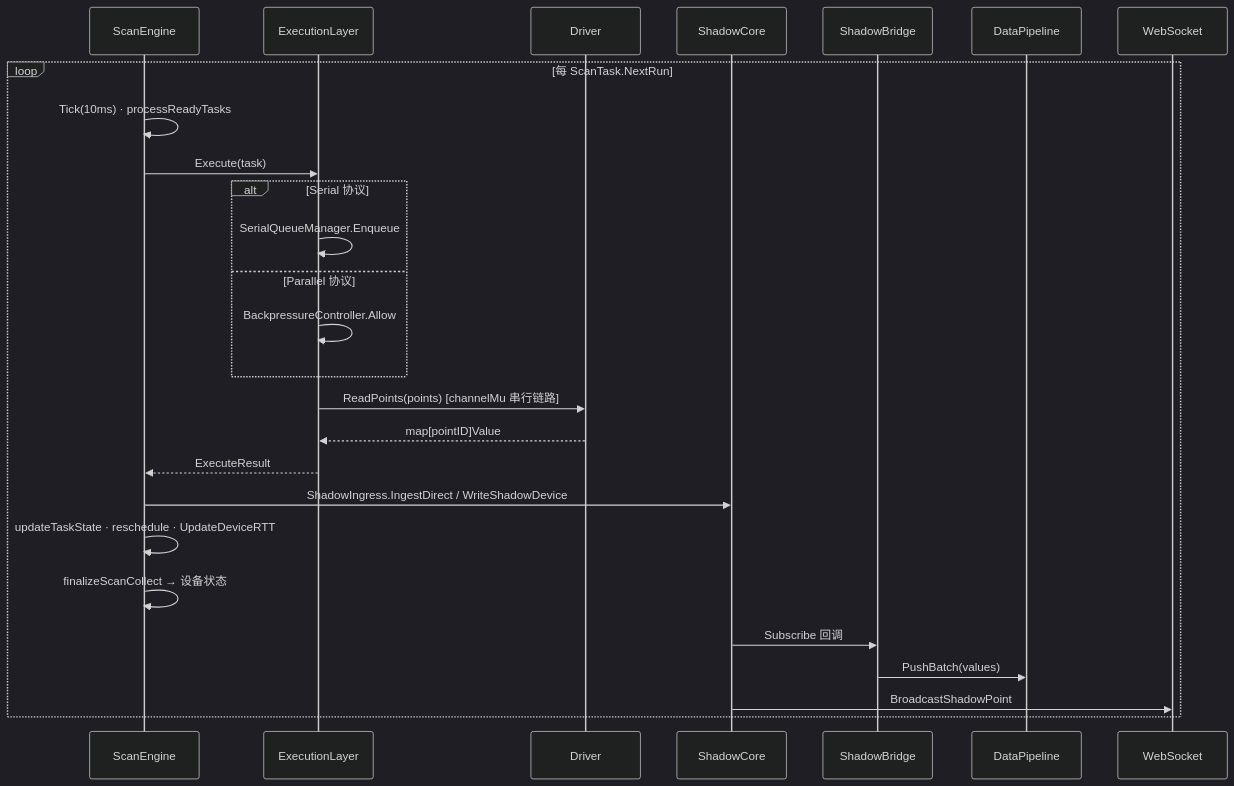
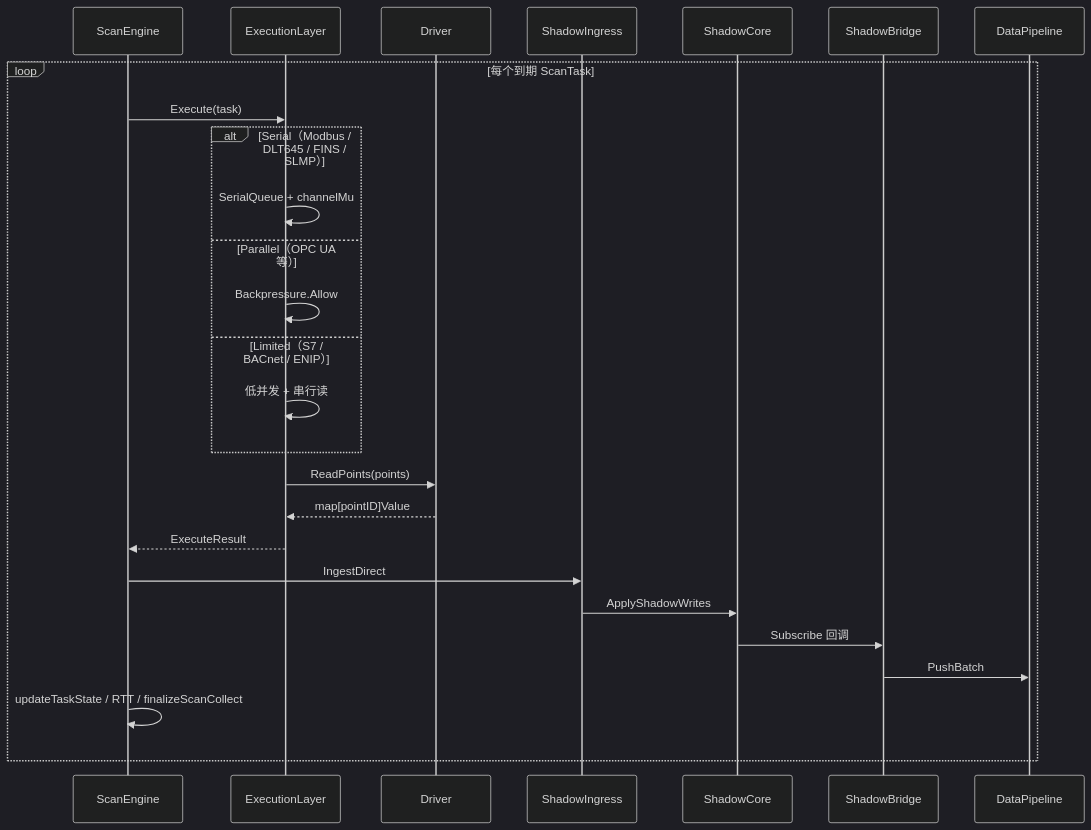
The second of 3 diagrams in docs/edge/边缘网关架构设计总览.md (anviod/edgex), drawn with Mermaid (dark theme) before and after one commit. The commit also changed other lines of this file and 19 other files, not shown here.

````diff
--- a/docs/edge/边缘网关架构设计总览.md
+++ b/docs/edge/边缘网关架构设计总览.md
@@ -355,29 +141,29 @@
 ```mermaid
 sequenceDiagram
-    participant SE as ScanEngine
-    participant EL as ExecutionLayer
-    participant DRV as Driver
-    participant SC as ShadowCore
-    participant SB as ShadowBridge
-    participant PL as DataPipeline
-    participant WS as WebSocket
+  participant SE as ScanEngine
+  participant EL as ExecutionLayer
+  participant DRV as Driver
+  participant SI as ShadowIngress
+  participant SC as ShadowCore
+  participant SB as ShadowBridge
+  participant PL as DataPipeline
 
-    loop 每 ScanTask.NextRun
-        SE->>SE: Tick(10ms) · processReadyTasks
-        SE->>EL: Execute(task)
-        alt Serial 协议
-            EL->>EL: SerialQueueManager.Enqueue
-        else Parallel 协议
-            EL->>EL: BackpressureController.Allow
-        end
-        EL->>DRV: ReadPoints(points) [channelMu 串行链路]
-        DRV-->>EL: map[pointID]Value
-        EL-->>SE: ExecuteResult
-        SE->>SC: ShadowIngress.IngestDirect / WriteShadowDevice
-        SE->>SE: updateTaskState · reschedule · UpdateDeviceRTT
-        SE->>SE: finalizeScanCollect → 设备状态
-        SC->>SB: Subscribe 回调
-        SB->>PL: PushBatch(values)
-        SC->>WS: BroadcastShadowPoint
+  loop 每个到期 ScanTask
+    SE->>EL: Execute(task)
+    alt Serial（Modbus / DLT645 / FINS / SLMP）
+      EL->>EL: SerialQueue + channelMu
+    else Parallel（OPC UA 等）
+      EL->>EL: Backpressure.Allow
+    else Limited（S7 / BACnet / ENIP）
+      EL->>EL: 低并发 + 串行读
     end
+    EL->>DRV: ReadPoints(points)
+    DRV-->>EL: map[pointID]Value
+    EL-->>SE: ExecuteResult
+    SE->>SI: IngestDirect
+    SI->>SC: ApplyShadowWrites
+    SC->>SB: Subscribe 回调
+    SB->>PL: PushBatch
+    SE->>SE: updateTaskState / RTT / finalizeScanCollect
+  end
 ```
````
